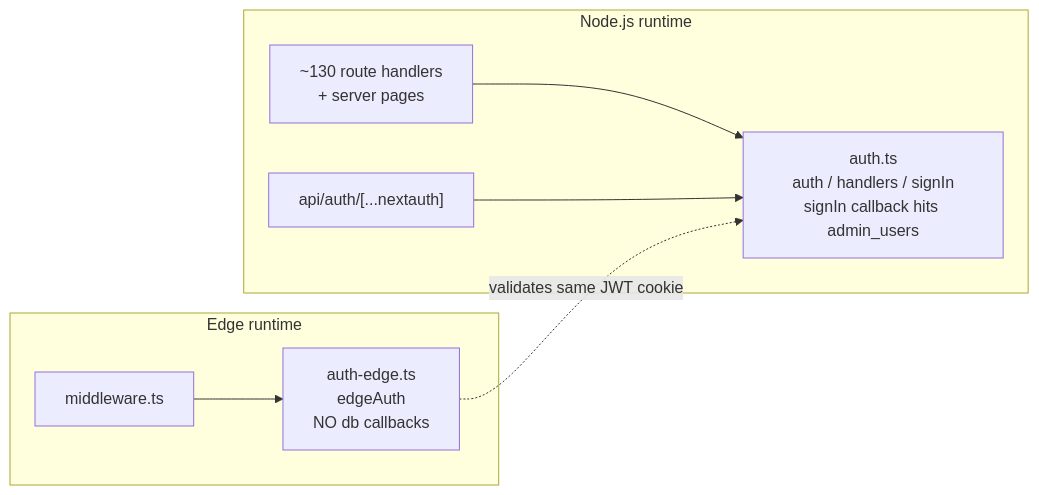
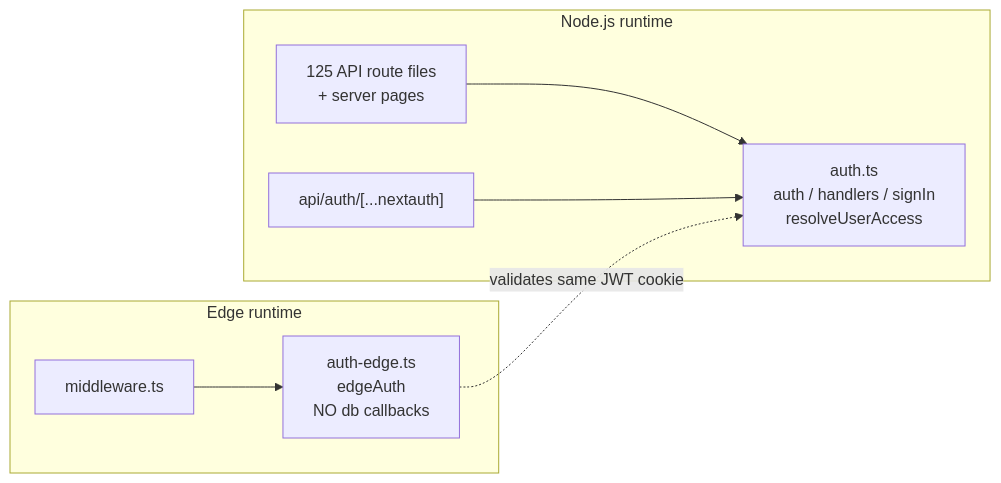
Before and after one commit to kasheesh711/bgscheduler: the second of 2 diagrams in docs/operations/auth-and-access.md, drawn with Mermaid. The commit also changed other lines of this file and 5 other files, not shown here.

Commit message:
docs(auth): reconcile public route surface

````diff
--- a/docs/operations/auth-and-access.md
+++ b/docs/operations/auth-and-access.md
@@ -141,11 +148,11 @@
 ```mermaid
 flowchart LR
     subgraph Edge["Edge runtime"]
       MW[middleware.ts] --> EA["auth-edge.ts<br/>edgeAuth<br/>NO db callbacks"]
     end
     subgraph Node["Node.js runtime"]
-      API["~130 route handlers<br/>+ server pages"] --> NA["auth.ts<br/>auth / handlers / signIn<br/>signIn callback hits admin_users"]
+      API["125 API route files<br/>+ server pages"] --> NA["auth.ts<br/>auth / handlers / signIn<br/>resolveUserAccess"]
       NEXTAUTH["api/auth/[...nextauth]"] --> NA
     end
     EA -. "validates same JWT cookie" .-> NA
 ```
````
